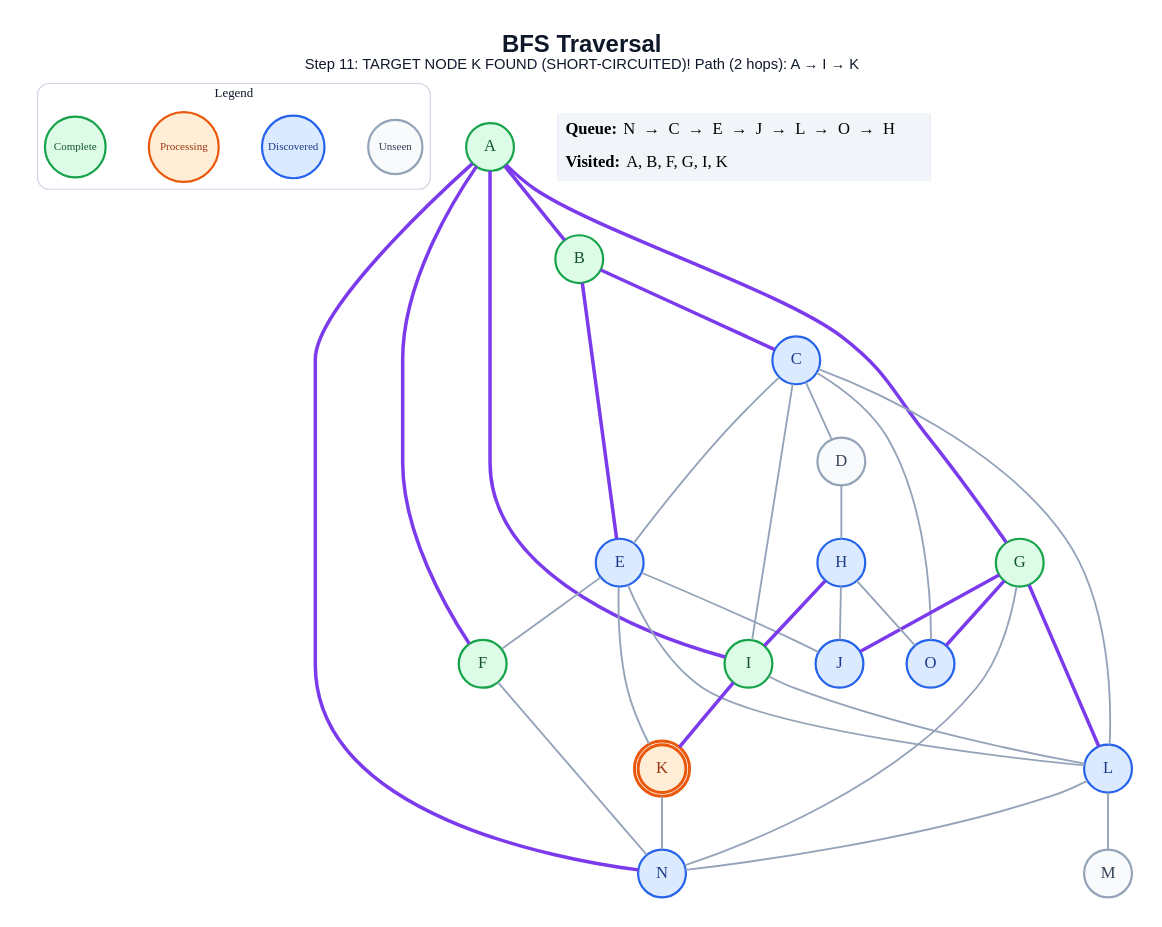
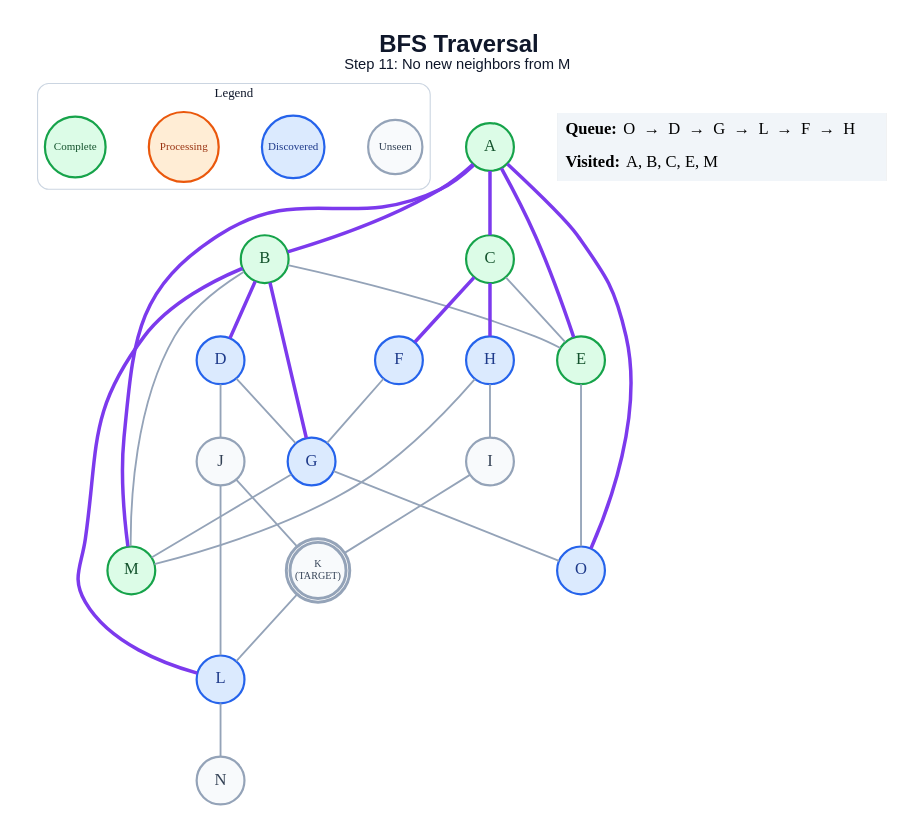
One commit to anon7238593-create/ai-slop changed the diagram in generated/short-circuit/bfs/step_11.dot. Above: the diagram before and after it, drawn with Graphviz. The commit also changed 302 other files, not shown here.

```diff
--- a/generated/short-circuit/bfs/step_11.dot
+++ b/generated/short-circuit/bfs/step_11.dot
@@ -1,64 +1,60 @@
 graph traversal {
   graph [layout=dot, rankdir=TB, bgcolor="#FFFFFF", pad="0.35", nodesep="0.65", ranksep="0.8", fontname="Arial"];
   node [shape=circle, style="filled", fontname="Arial Bold", fontsize=18, width=0.72, fixedsize=true, penwidth=2.4];
   edge [color="#94A3B8", penwidth=2.0];
-  label=<<B>BFS Traversal</B><BR/><FONT POINT-SIZE="16">Step 11: TARGET NODE K FOUND (SHORT-CIRCUITED)! Path (2 hops): A → I → K</FONT>>; labelloc="t"; fontsize=26; fontname="Arial"; fontcolor="#0F172A";
+  label=<<B>BFS Traversal</B><BR/><FONT POINT-SIZE="16">Step 11: No new neighbors from M</FONT>>; labelloc="t"; fontsize=26; fontname="Arial"; fontcolor="#0F172A";
   subgraph cluster_legend { label="Legend"; color="#CBD5E1"; penwidth=1.2; style="rounded"; fontsize=14; fontname="Arial Bold";
     key_unseen [label="Unseen", fillcolor="#F8FAFC", color="#94A3B8", fontcolor="#334155", fontsize=12, width=0.82];
     key_frontier [label="Discovered", fillcolor="#DBEAFE", color="#2563EB", fontcolor="#1E3A8A", fontsize=12, width=0.95];
     key_current [label="Processing", fillcolor="#FFEDD5", color="#EA580C", fontcolor="#9A3412", fontsize=12, width=1.05];
     key_done [label="Complete", fillcolor="#DCFCE7", color="#16A34A", fontcolor="#14532D", fontsize=12, width=0.92];
     { rank=same; key_unseen; key_frontier; key_current; key_done; }
   }
   A [label="A", fillcolor="#DCFCE7", color="#16A34A", fontcolor="#14532D", peripheries=1, penwidth=2.4];
   B [label="B", fillcolor="#DCFCE7", color="#16A34A", fontcolor="#14532D", peripheries=1, penwidth=2.4];
-  C [label="C", fillcolor="#DBEAFE", color="#2563EB", fontcolor="#1E3A8A", peripheries=1, penwidth=2.4];
-  D [label="D", fillcolor="#F8FAFC", color="#94A3B8", fontcolor="#334155", peripheries=1, penwidth=2.4];
-  E [label="E", fillcolor="#DBEAFE", color="#2563EB", fontcolor="#1E3A8A", peripheries=1, penwidth=2.4];
-  F [label="F", fillcolor="#DCFCE7", color="#16A34A", fontcolor="#14532D", peripheries=1, penwidth=2.4];
-  G [label="G", fillcolor="#DCFCE7", color="#16A34A", fontcolor="#14532D", peripheries=1, penwidth=2.4];
+  C [label="C", fillcolor="#DCFCE7", color="#16A34A", fontcolor="#14532D", peripheries=1, penwidth=2.4];
+  D [label="D", fillcolor="#DBEAFE", color="#2563EB", fontcolor="#1E3A8A", peripheries=1, penwidth=2.4];
+  E [label="E", fillcolor="#DCFCE7", color="#16A34A", fontcolor="#14532D", peripheries=1, penwidth=2.4];
+  F [label="F", fillcolor="#DBEAFE", color="#2563EB", fontcolor="#1E3A8A", peripheries=1, penwidth=2.4];
+  G [label="G", fillcolor="#DBEAFE", color="#2563EB", fontcolor="#1E3A8A", peripheries=1, penwidth=2.4];
   H [label="H", fillcolor="#DBEAFE", color="#2563EB", fontcolor="#1E3A8A", peripheries=1, penwidth=2.4];
-  I [label="I", fillcolor="#DCFCE7", color="#16A34A", fontcolor="#14532D", peripheries=1, penwidth=2.4];
-  J [label="J", fillcolor="#DBEAFE", color="#2563EB", fontcolor="#1E3A8A", peripheries=1, penwidth=2.4];
-  K [label="K", fillcolor="#FFEDD5", color="#EA580C", fontcolor="#9A3412", peripheries=2, penwidth=3.2];
+  I [label="I", fillcolor="#F8FAFC", color="#94A3B8", fontcolor="#334155", peripheries=1, penwidth=2.4];
+  J [label="J", fillcolor="#F8FAFC", color="#94A3B8", fontcolor="#334155", peripheries=1, penwidth=2.4];
+  K [label="K\n(TARGET)", fillcolor="#F8FAFC", color="#94A3B8", fontcolor="#334155", peripheries=2, penwidth=3.2, fontsize=11, width=0.85, height=0.85];
   L [label="L", fillcolor="#DBEAFE", color="#2563EB", fontcolor="#1E3A8A", peripheries=1, penwidth=2.4];
-  M [label="M", fillcolor="#F8FAFC", color="#94A3B8", fontcolor="#334155", peripheries=1, penwidth=2.4];
-  N [label="N", fillcolor="#DBEAFE", color="#2563EB", fontcolor="#1E3A8A", peripheries=1, penwidth=2.4];
+  M [label="M", fillcolor="#DCFCE7", color="#16A34A", fontcolor="#14532D", peripheries=1, penwidth=2.4];
+  N [label="N", fillcolor="#F8FAFC", color="#94A3B8", fontcolor="#334155", peripheries=1, penwidth=2.4];
   O [label="O", fillcolor="#DBEAFE", color="#2563EB", fontcolor="#1E3A8A", peripheries=1, penwidth=2.4];
   A -- B [color="#7C3AED", penwidth=3.8];
-  A -- F [color="#7C3AED", penwidth=3.8];
-  A -- G [color="#7C3AED", penwidth=3.8];
-  A -- I [color="#7C3AED", penwidth=3.8];
-  A -- N [color="#7C3AED", penwidth=3.8];
-  B -- C [color="#7C3AED", penwidth=3.8];
-  B -- E [color="#7C3AED", penwidth=3.8];
-  C -- D;
+  A -- C [color="#7C3AED", penwidth=3.8];
+  A -- E [color="#7C3AED", penwidth=3.8];
+  A -- M [color="#7C3AED", penwidth=3.8];
+  A -- O [color="#7C3AED", penwidth=3.8];
+  B -- D [color="#7C3AED", penwidth=3.8];
+  B -- E;
+  B -- G [color="#7C3AED", penwidth=3.8];
+  B -- L [color="#7C3AED", penwidth=3.8];
+  B -- M;
   C -- E;
-  C -- I;
-  C -- L;
-  C -- O;
-  D -- H;
-  E -- F;
-  E -- J;
-  E -- K;
-  E -- L;
-  F -- N;
-  G -- J [color="#7C3AED", penwidth=3.8];
-  G -- L [color="#7C3AED", penwidth=3.8];
-  G -- N;
-  G -- O [color="#7C3AED", penwidth=3.8];
-  H -- I [color="#7C3AED", penwidth=3.8];
-  H -- J;
-  H -- O;
-  I -- K [color="#7C3AED", penwidth=3.8];
-  I -- L;
-  K -- N;
-  L -- M;
+  C -- F [color="#7C3AED", penwidth=3.8];
+  C -- H [color="#7C3AED", penwidth=3.8];
+  D -- G;
+  D -- J;
+  E -- O;
+  F -- G;
+  G -- M;
+  G -- O;
+  H -- I;
+  H -- M;
+  I -- K;
+  J -- K;
+  J -- L;
+  K -- L;
   L -- N;
   status [shape=plain, fixedsize=false, width=0, height=0, margin=0, label=<
     <TABLE BORDER="0" CELLBORDER="0" CELLPADDING="7" BGCOLOR="#F1F5F9">
-      <TR><TD ALIGN="LEFT"><B>Queue:</B> N  →  C  →  E  →  J  →  L  →  O  →  H</TD></TR>
-      <TR><TD ALIGN="LEFT"><B>Visited:</B> A, B, F, G, I, K</TD></TR>
+      <TR><TD ALIGN="LEFT"><B>Queue:</B> O  →  D  →  G  →  L  →  F  →  H</TD></TR>
+      <TR><TD ALIGN="LEFT"><B>Visited:</B> A, B, C, E, M</TD></TR>
     </TABLE>
   >];
 }
```
